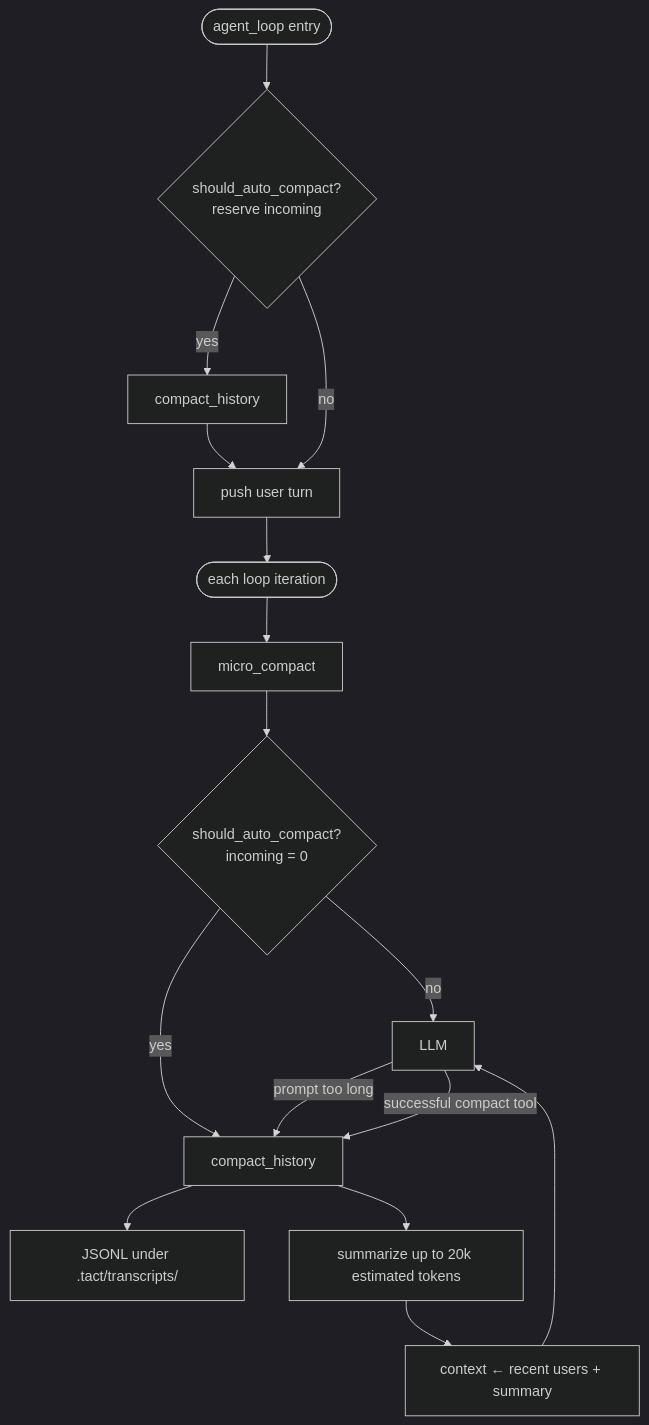
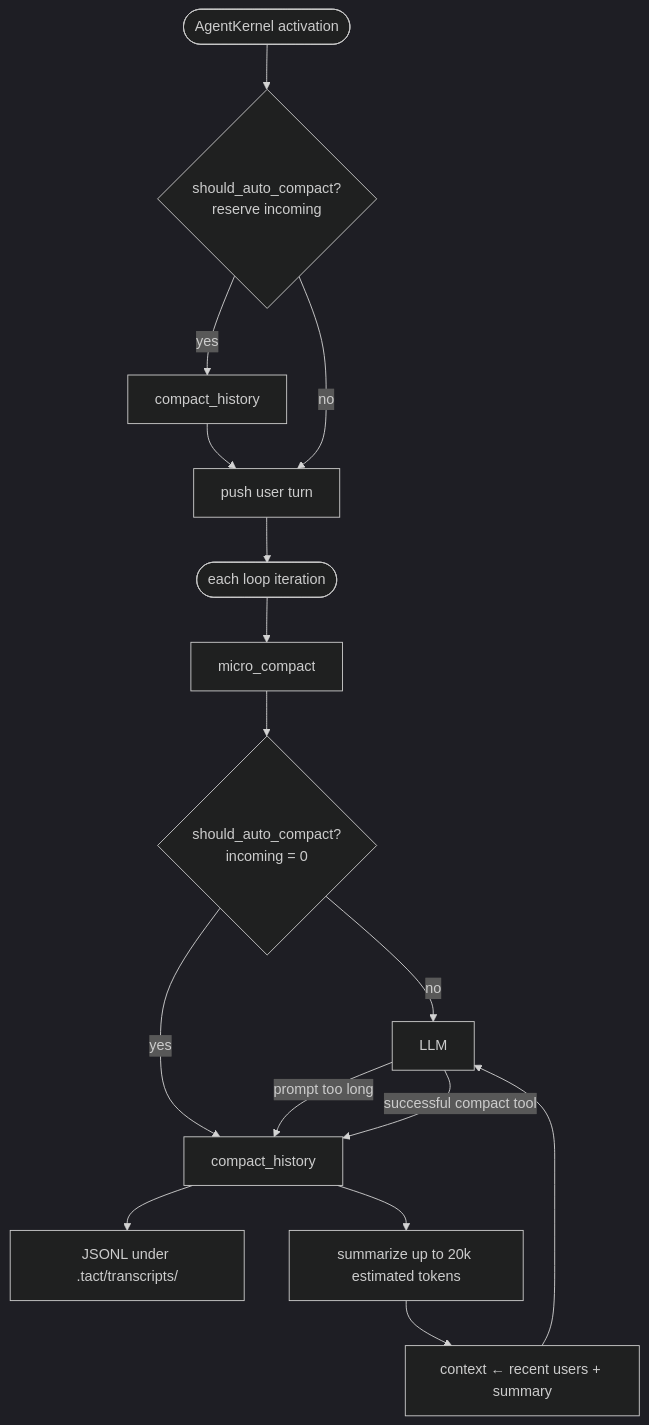
One commit to rust-infra/tact changed the diagram in docs/compaction.md. Above: the diagram before and after it, drawn with Mermaid (dark theme). The commit also changed other lines of this file and 364 other files, not shown here.

````diff
--- a/docs/compaction.md
+++ b/docs/compaction.md
@@ -23,18 +23,18 @@
 ```mermaid
 flowchart TB
-    Entry([agent_loop entry]) --> EntryEst{should_auto_compact?<br/>reserve incoming}
+    Entry([AgentKernel activation]) --> EntryEst{should_auto_compact?<br/>reserve incoming}
     EntryEst -->|yes| EntryCH[compact_history]
     EntryCH --> Push[push user turn]
     EntryEst -->|no| Push
     Push --> Turn([each loop iteration])
     Turn --> MC[micro_compact]
     MC --> Est{should_auto_compact?<br/>incoming = 0}
     Est -->|no| Prompt[LLM]
     Est -->|yes| CH[compact_history]
     Prompt -->|prompt too long| CH
     Prompt -->|successful compact tool| CH
     CH --> Transcript[JSONL under .tact/transcripts/]
     CH --> Sum[summarize up to 20k estimated tokens]
     Sum --> Replace[context ← recent users + summary]
     Replace --> Prompt
 ```
````
